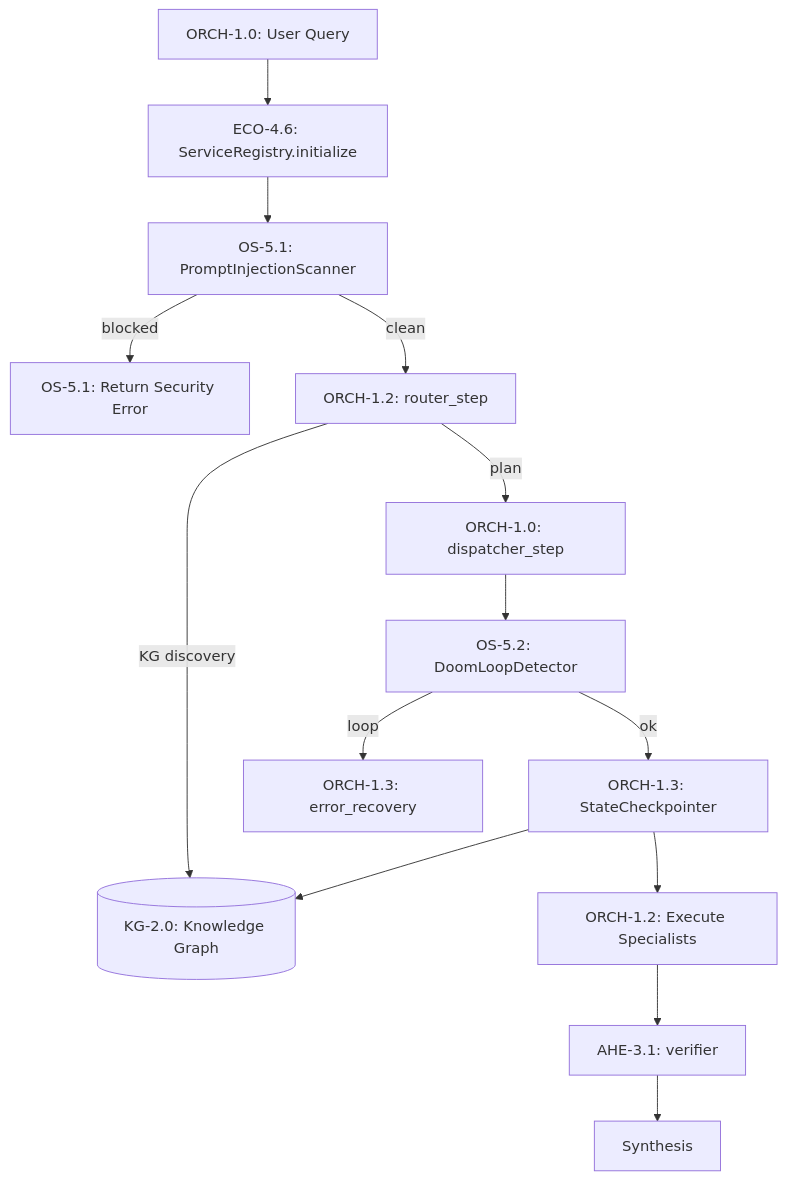
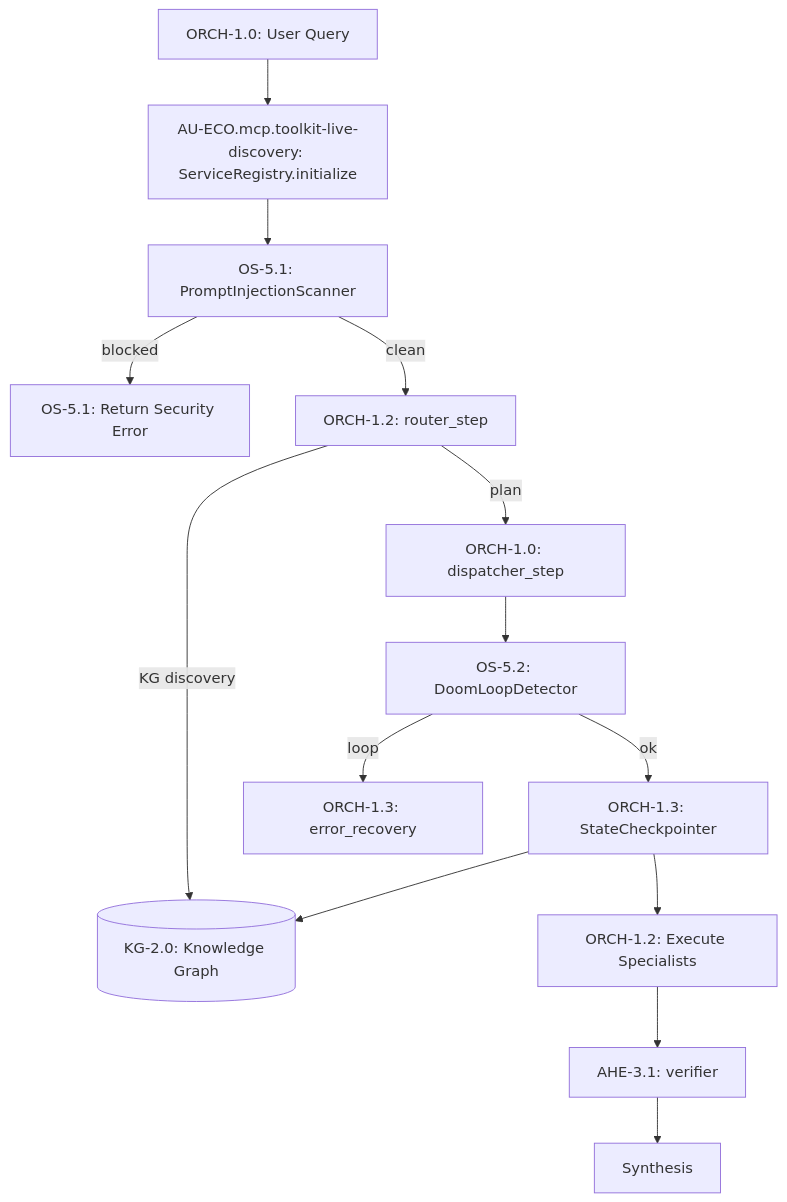
One commit to Knuckles-Team/agent-utilities changed the diagram in docs/guides/system_integration.md. Above: the diagram before and after it, drawn with Mermaid. The commit also changed other lines of this file and 2324 other files, not shown here.

````diff
--- a/docs/guides/system_integration.md
+++ b/docs/guides/system_integration.md
@@ -108,16 +108,16 @@
 ```mermaid
 flowchart TD
-    Q[ORCH-1.0: User Query] --> SR[ECO-4.6: ServiceRegistry.initialize]
+    Q[ORCH-1.0: User Query] --> SR[AU-ECO.mcp.toolkit-live-discovery: ServiceRegistry.initialize]
     SR --> PS[OS-5.1: PromptInjectionScanner]
     PS -->|blocked| BLOCK[OS-5.1: Return Security Error]
     PS -->|clean| ROUTER[ORCH-1.2: router_step]
     ROUTER -->|KG discovery| KG[(KG-2.0: Knowledge Graph)]
     ROUTER -->|plan| DISP[ORCH-1.0: dispatcher_step]
     DISP --> DLD[OS-5.2: DoomLoopDetector]
     DLD -->|loop| ERROR[ORCH-1.3: error_recovery]
     DLD -->|ok| CKPT[ORCH-1.3: StateCheckpointer]
     CKPT --> KG
     CKPT --> EXEC[ORCH-1.2: Execute Specialists]
     EXEC --> VERIFY[AHE-3.1: verifier]
     VERIFY --> SYNTH[Synthesis]
 ```
````
